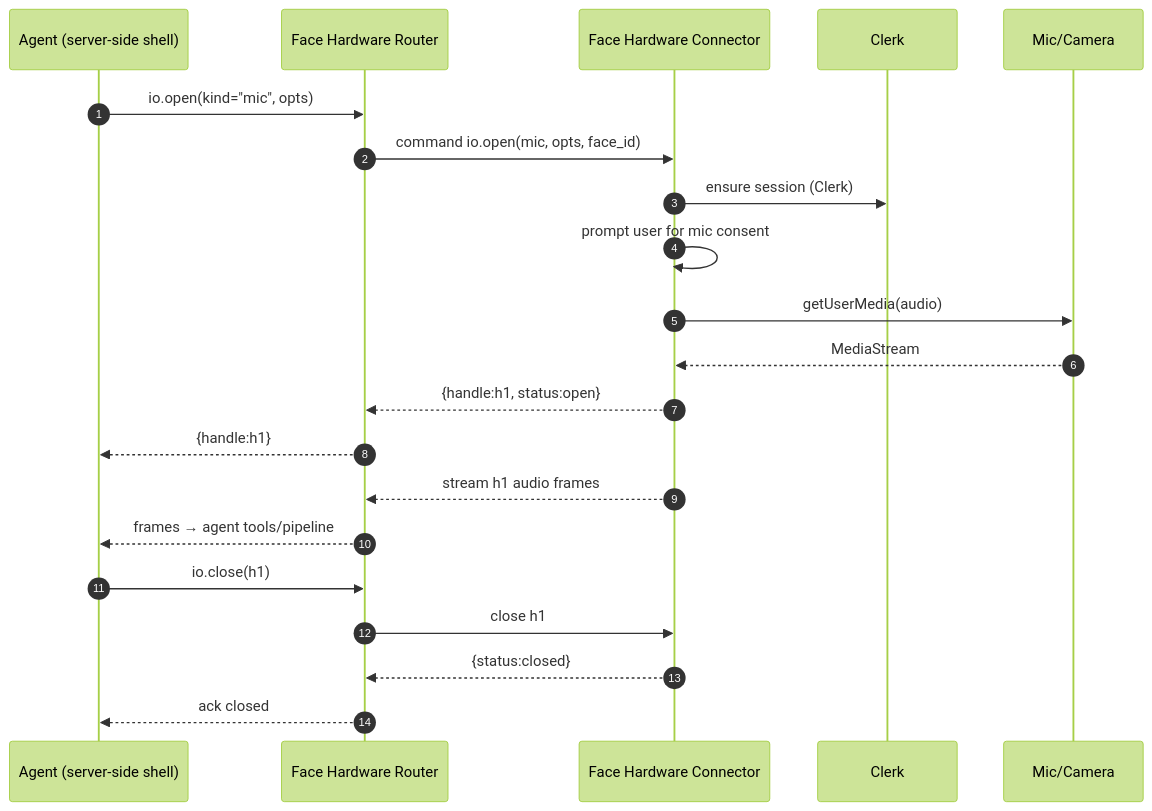
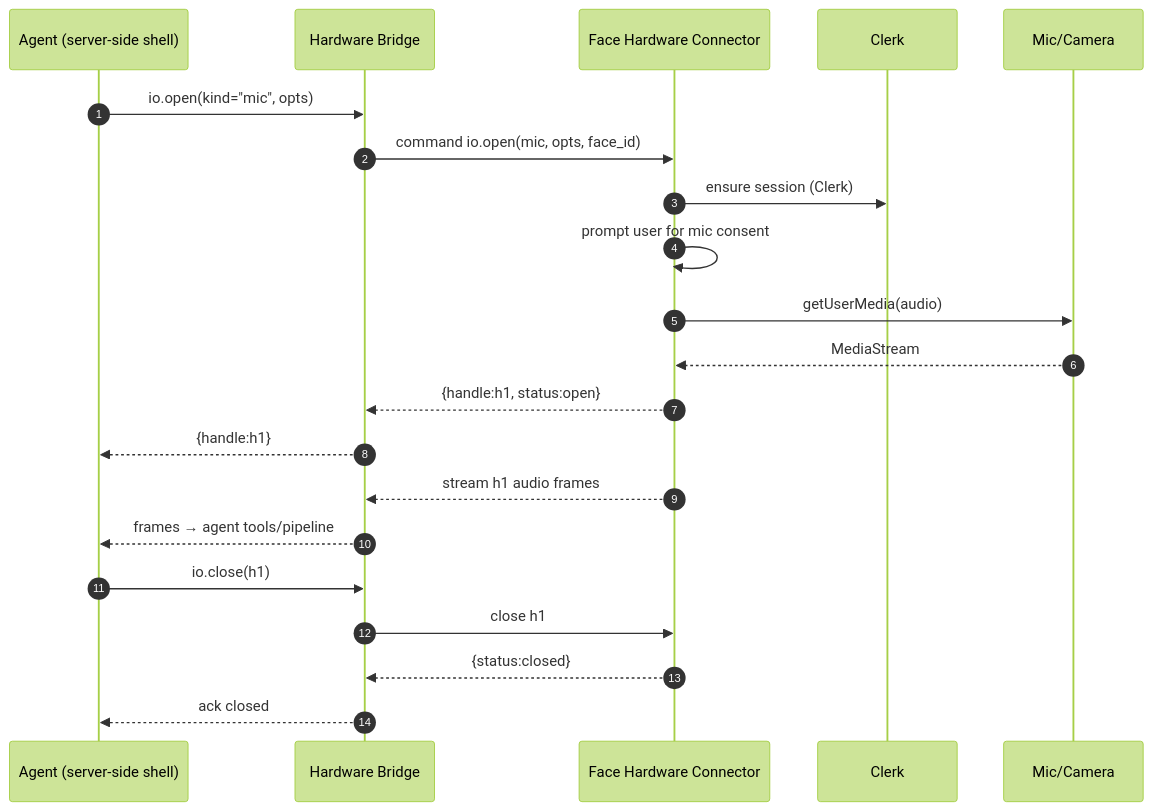
The third of 4 diagrams in design/docs/RUNTIME.md (dreamcatcher-tech/artifact-codex), drawn with Mermaid (forest theme) before and after one commit. The commit also changed other lines of this file and 45 other files, not shown here.

````diff
--- a/design/docs/RUNTIME.md
+++ b/design/docs/RUNTIME.md
@@ -219,23 +219,23 @@
 ```mermaid
 sequenceDiagram
   autonumber
   participant A as Agent (server-side shell)
-  participant FR as Face Hardware Router
+  participant HB as Hardware Bridge
   participant FH as Face Hardware Connector
   participant C as Clerk
   participant D as Mic/Camera
-  A->>FR: io.open(kind="mic", opts)
-  FR->>FH: command io.open(mic, opts, face_id)
+  A->>HB: io.open(kind="mic", opts)
+  HB->>FH: command io.open(mic, opts, face_id)
   FH->>C: ensure session (Clerk)
   FH->>FH: prompt user for mic consent
   FH->>D: getUserMedia(audio)
   D-->>FH: MediaStream
-  FH-->>FR: {handle:h1, status:open}
-  FR-->>A: {handle:h1}
-  FH-->>FR: stream h1 audio frames
-  FR-->>A: frames → agent tools/pipeline
-  A->>FR: io.close(h1)
-  FR->>FH: close h1
-  FH-->>FR: {status:closed}
-  FR-->>A: ack closed
+  FH-->>HB: {handle:h1, status:open}
+  HB-->>A: {handle:h1}
+  FH-->>HB: stream h1 audio frames
+  HB-->>A: frames → agent tools/pipeline
+  A->>HB: io.close(h1)
+  HB->>FH: close h1
+  FH-->>HB: {status:closed}
+  HB-->>A: ack closed
 ```
````
